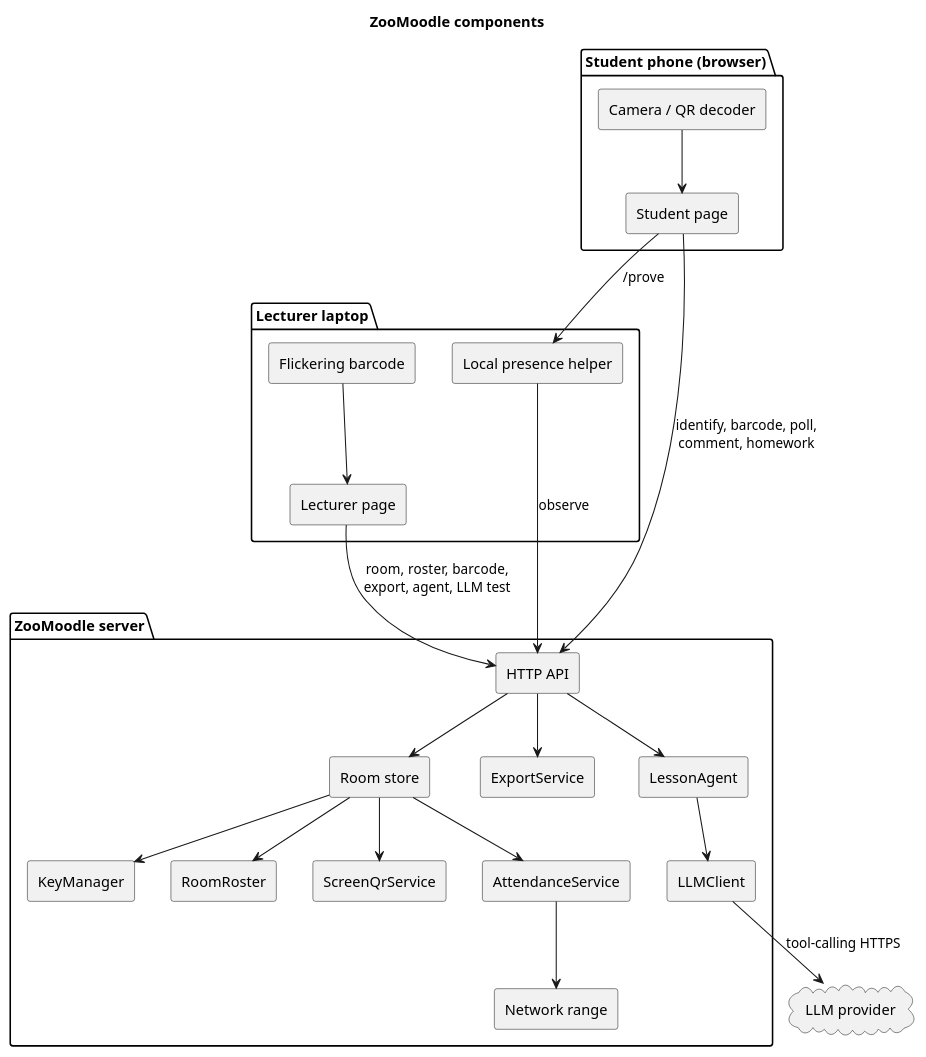
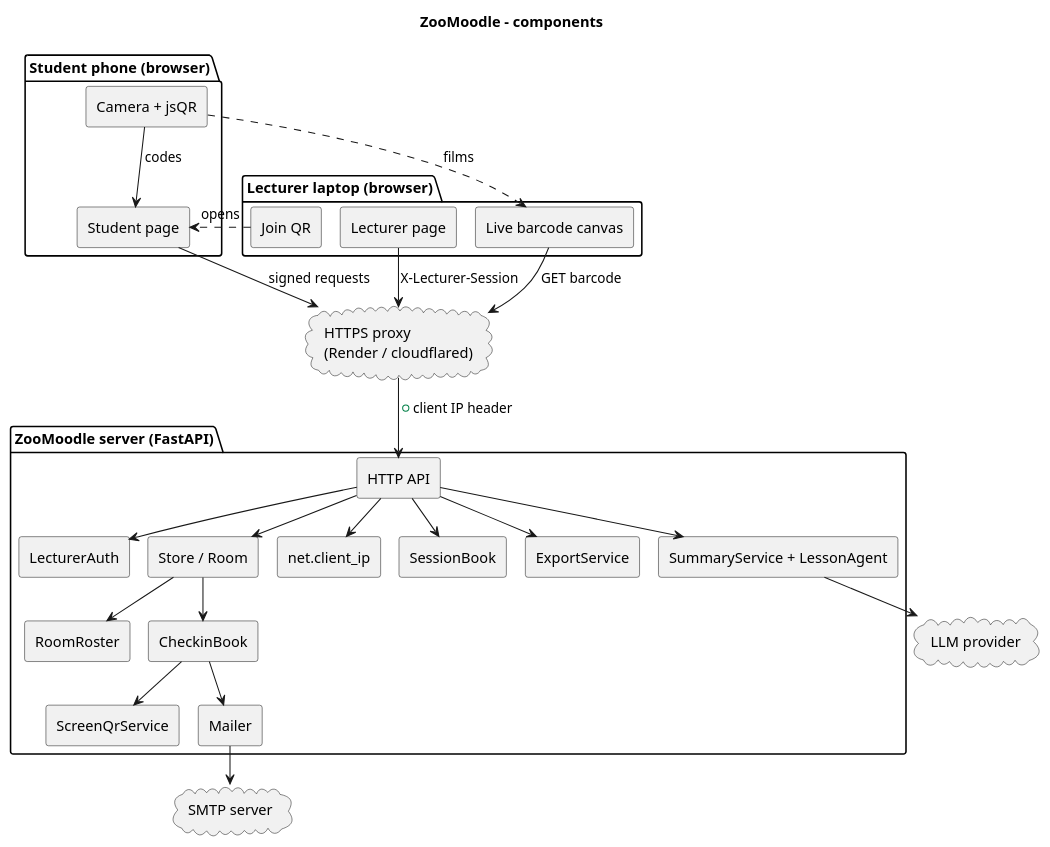
The diagram in docs/diagrams/components.puml (Haim-Barby/ZooMoodle), drawn with PlantUML before and after one commit. The commit also changed 72 other files, not shown here.

First line of the commit message:
Rebuild attendance and lesson flow

```diff
--- a/docs/diagrams/components.puml
+++ b/docs/diagrams/components.puml
@@ -1,49 +1,51 @@
 @startuml components
-title ZooMoodle components
+!pragma layout smetana
+title ZooMoodle – components
+skinparam componentStyle rectangle
 
-skinparam componentStyle rectangle
-skinparam shadowing false
+package "Lecturer laptop (browser)" {
+  [Lecturer page] as LP
+  [Live barcode canvas] as LB
+  [Join QR] as JQ
+}
+package "Student phone (browser)" {
+  [Student page] as SP
+  [Camera + jsQR] as CAM
+}
+cloud "HTTPS proxy\n(Render / cloudflared)" as PX
+package "ZooMoodle server (FastAPI)" {
+  [HTTP API] as API
+  [LecturerAuth] as AUTH
+  [Store / Room] as ST
+  [RoomRoster] as RR
+  [CheckinBook] as CB
+  [ScreenQrService] as QR
+  [net.client_ip] as NET
+  [SessionBook] as SB
+  [Mailer] as ML
+  [ExportService] as EX
+  [SummaryService + LessonAgent] as AG
+}
+cloud "SMTP server" as SMTP
+cloud "LLM provider" as LLM
 
-package "Student phone (browser)" {
-  [Student page] as StudentUI
-  [Camera / QR decoder] as Cam
-}
-
-package "Lecturer laptop" {
-  [Lecturer page] as LecturerUI
-  [Flickering barcode] as Barcode
-  [Local presence helper] as Helper
-}
-
-package "ZooMoodle server" {
-  [HTTP API] as API
-  [Room store] as Store
-  [KeyManager] as Keys
-  [RoomRoster] as Roster
-  [ScreenQrService] as ScreenQr
-  [Network range] as Range
-  [AttendanceService] as Attendance
-  [ExportService] as Export
-  [LessonAgent] as Agent
-  [LLMClient] as Client
-}
-
-cloud "LLM provider" as Provider
-
-StudentUI --> API : identify, barcode, poll,\ncomment, homework
-LecturerUI --> API : room, roster, barcode,\nexport, agent, LLM test
-Cam --> StudentUI
-Barcode --> LecturerUI
-StudentUI --> Helper : /prove
-Helper --> API : observe
-API --> Store
-Store --> Keys
-Store --> Roster
-Store --> ScreenQr
-Store --> Attendance
-Attendance --> Range
-API --> Export
-API --> Agent
-Agent --> Client
-Client --> Provider : tool-calling HTTPS
+LP --> PX : X-Lecturer-Session
+LB --> PX : GET barcode
+JQ ..> SP : opens
+CAM ..> LB : films
+CAM --> SP : codes
+SP --> PX : signed requests
+PX --> API : + client IP header
+API --> AUTH
+API --> SB
+API --> NET
+API --> ST
+ST --> RR
+ST --> CB
+CB --> QR
+CB --> ML
+ML --> SMTP
+API --> EX
+API --> AG
+AG --> LLM
 @enduml
```
